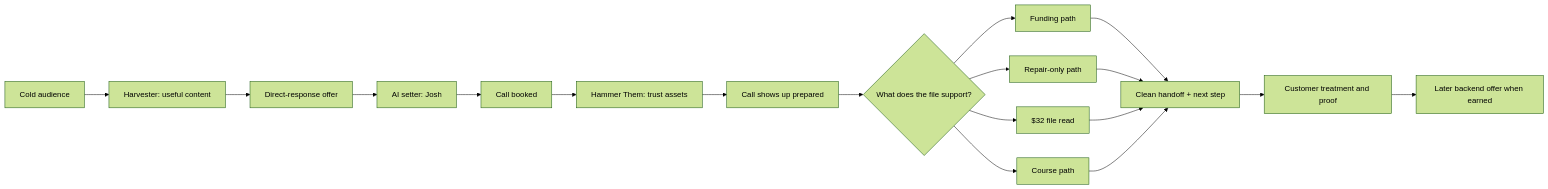
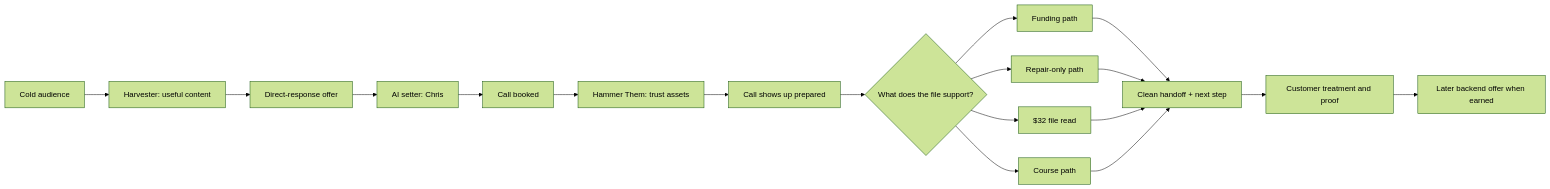
Before and after one commit to ZootimusMaximusSupreme/fundhub-platform: the first of 2 diagrams in marketing/ads/backend-selling-system.md, drawn with Mermaid (forest theme). The commit also changed 69 other files, not shown here.

First line of the commit message:
Remove Josh: Chris everywhere a customer or staff member reads it

````diff
--- a/marketing/ads/backend-selling-system.md
+++ b/marketing/ads/backend-selling-system.md
@@ -11,20 +11,20 @@
 ```mermaid
 flowchart LR
     COLD[Cold audience] --> WARM[Harvester: useful content]
     WARM --> OFFER[Direct-response offer]
-    OFFER --> SETTER[AI setter: Josh]
+    OFFER --> SETTER[AI setter: Chris]
     SETTER --> BOOK[Call booked]
     BOOK --> TRUST[Hammer Them: trust assets]
     TRUST --> CALL[Call shows up prepared]
     CALL --> PATH{What does the file support?}
     PATH --> FUND[Funding path]
     PATH --> REPAIR[Repair-only path]
     PATH --> READ[$32 file read]
     PATH --> COURSE[Course path]
     FUND --> HANDOFF[Clean handoff + next step]
     REPAIR --> HANDOFF
     READ --> HANDOFF
     COURSE --> HANDOFF
     HANDOFF --> RESULT[Customer treatment and proof]
     RESULT --> NEXT[Later backend offer when earned]
 ```
````
